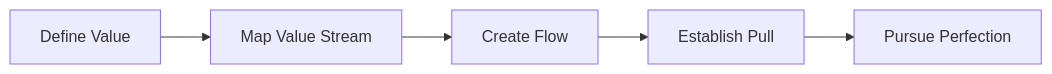
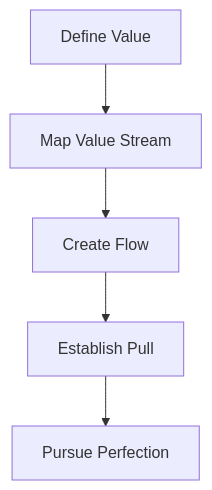
The third of 3 diagrams in DevOps/Mod 1.3 Software Development, Operations, and Systems Methodologies.md (roroRathod/Sem7), drawn with Mermaid before and after one commit. The commit also changed 9 other files, not shown here.

````diff
--- a/DevOps/Mod 1.3 Software Development, Operations, and Systems Methodologies.md
+++ b/DevOps/Mod 1.3 Software Development, Operations, and Systems Methodologies.md
@@ -63,7 +63,7 @@
 ```mermaid 
-graph LR
+graph 
     A[Define Value] --> B[Map Value Stream]
     B --> C[Create Flow]
     C --> D[Establish Pull]
     D --> E[Pursue Perfection]
 ```
````
